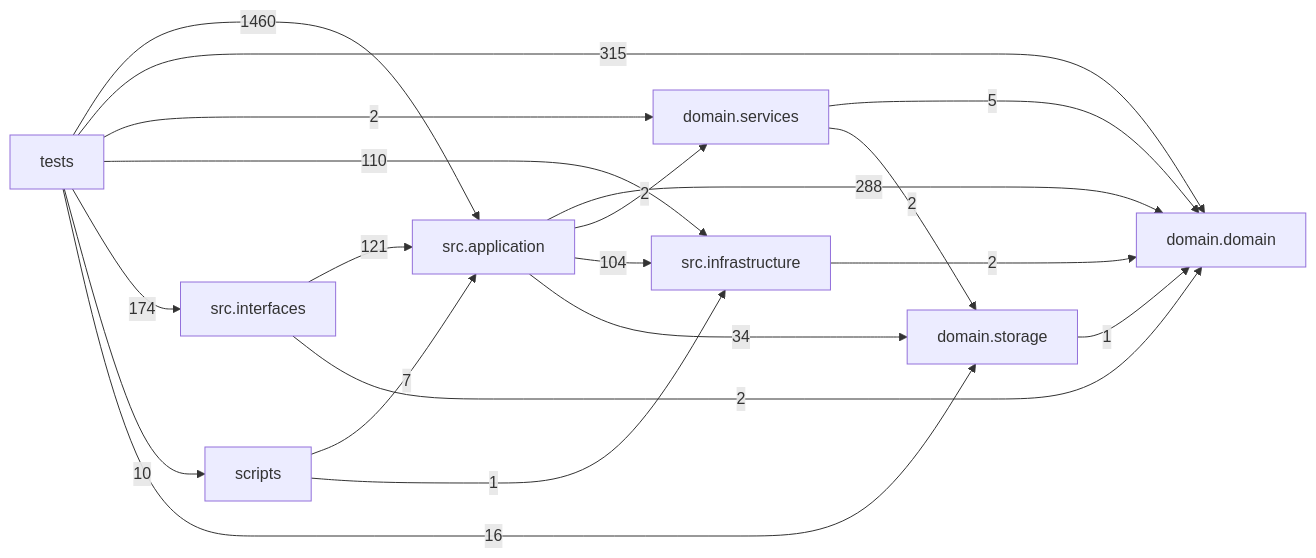
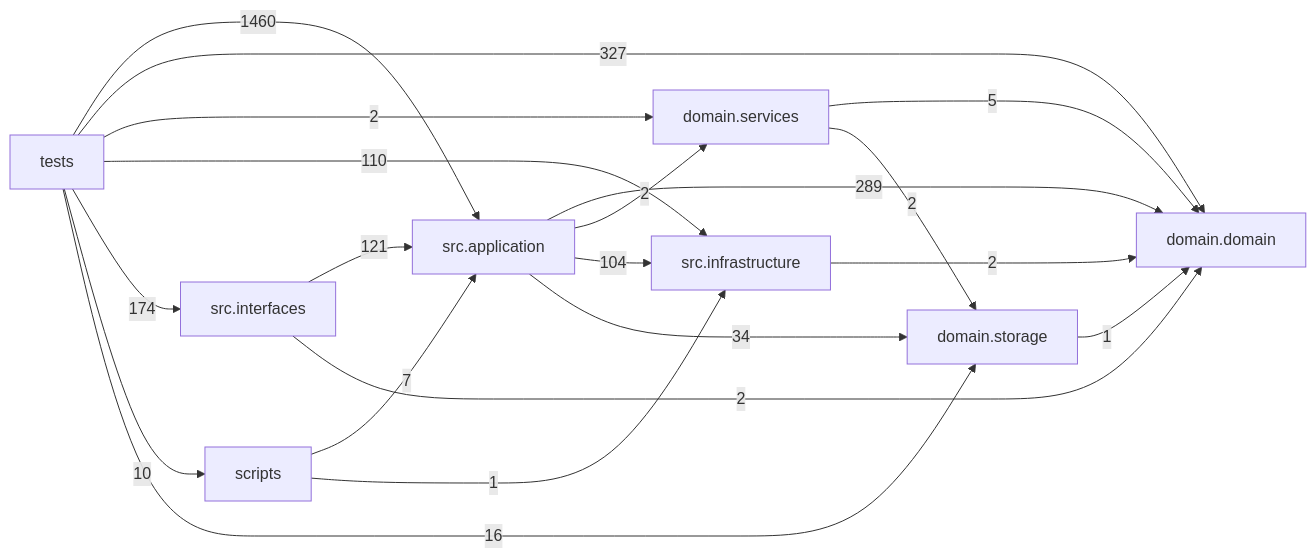
One commit to liuxie066/options-monitor changed the diagram in docs/DEPENDENCY_GRAPH.md. Above: the diagram before and after it, drawn with Mermaid. The commit also changed other lines of this file and 5 other files, not shown here.

````diff
--- a/docs/DEPENDENCY_GRAPH.md
+++ b/docs/DEPENDENCY_GRAPH.md
@@ -24,30 +24,30 @@
 ```mermaid
 flowchart LR
   tests["tests"]
   scripts["scripts"]
   interfaces["src.interfaces"]
   application["src.application"]
   infrastructure["src.infrastructure"]
   domain_services["domain.services"]
   domain["domain.domain"]
   storage["domain.storage"]
-  application -->|288| domain
+  application -->|289| domain
   application -->|2| domain_services
   application -->|104| infrastructure
   application -->|34| storage
   domain_services -->|5| domain
   domain_services -->|2| storage
   infrastructure -->|2| domain
   interfaces -->|121| application
   interfaces -->|2| domain
   scripts -->|7| application
   scripts -->|1| infrastructure
   storage -->|1| domain
   tests -->|1460| application
-  tests -->|315| domain
+  tests -->|327| domain
   tests -->|2| domain_services
   tests -->|110| infrastructure
   tests -->|174| interfaces
   tests -->|10| scripts
   tests -->|16| storage
 ```
````
